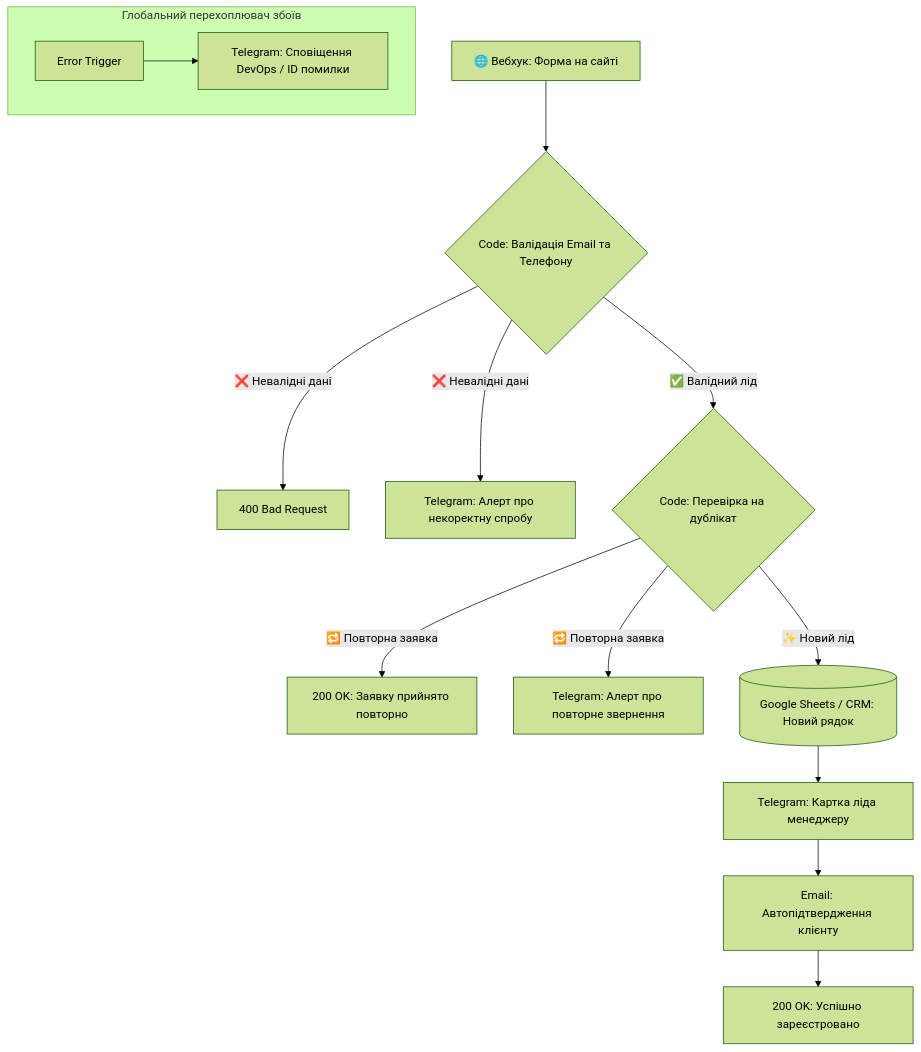
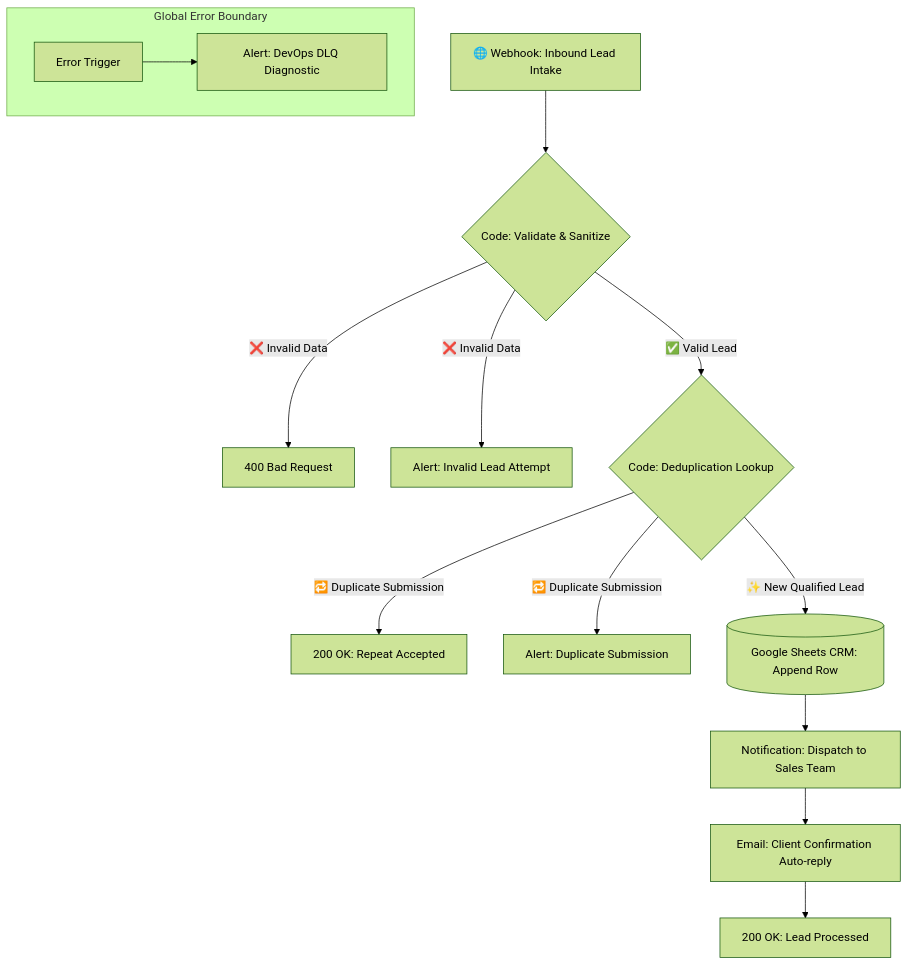
One commit to zymaneta-eng/n8n-lead-pipeline changed the diagram in README.md. Above: the diagram before and after it, drawn with Mermaid (forest theme). The commit also changed other lines of this file and 2 other files, not shown here.

````diff
--- a/README.md
+++ b/README.md
@@ -33,21 +33,21 @@
 ```mermaid
 flowchart TD
-    Inbound[🌐 Вебхук: Форма на сайті] --> Validate{Code: Валідація Email та Телефону}
+    Inbound["🌐 Webhook: Inbound Lead Intake"] --> Validate{"Code: Validate & Sanitize"}
     
-    Validate -->|❌ Невалідні дані| BadReq[400 Bad Request]
-    Validate -->|❌ Невалідні дані| WarnAdmin[Telegram: Алерт про некоректну спробу]
+    Validate -->|❌ Invalid Data| BadReq["400 Bad Request"]
+    Validate -->|❌ Invalid Data| WarnAdmin["Alert: Invalid Lead Attempt"]
     
-    Validate -->|✅ Валідний лід| Dedup{Code: Перевірка на дублікат}
+    Validate -->|✅ Valid Lead| Dedup{"Code: Deduplication Lookup"}
     
-    Dedup -->|🔁 Повторна заявка| RepeatResp[200 OK: Заявку прийнято повторно]
-    Dedup -->|🔁 Повторна заявка| DedupAlert[Telegram: Алерт про повторне звернення]
+    Dedup -->|🔁 Duplicate Submission| RepeatResp["200 OK: Repeat Accepted"]
+    Dedup -->|🔁 Duplicate Submission| DedupAlert["Alert: Duplicate Submission"]
     
-    Dedup -->|✨ Новий лід| Sheets[(Google Sheets / CRM: Новий рядок)]
-    Sheets --> TG[Telegram: Картка ліда менеджеру]
-    TG --> ClientMail[Email: Автопідтвердження клієнту]
-    ClientMail --> GoodResp[200 OK: Успішно зареєстровано]
+    Dedup -->|✨ New Qualified Lead| Sheets[("Google Sheets CRM: Append Row")]
+    Sheets --> NotifySales["Notification: Dispatch to Sales Team"]
+    NotifySales --> ClientMail["Email: Client Confirmation Auto-reply"]
+    ClientMail --> GoodResp["200 OK: Lead Processed"]
 
-    subgraph Error Handling [Глобальний перехоплювач збоїв]
-        ErrTrigger[Error Trigger] --> DLQ[Telegram: Сповіщення DevOps / ID помилки]
+    subgraph DLQ ["Global Error Boundary"]
+        ErrTrigger["Error Trigger"] --> DeadLetter["Alert: DevOps DLQ Diagnostic"]
     end
 ```
````
